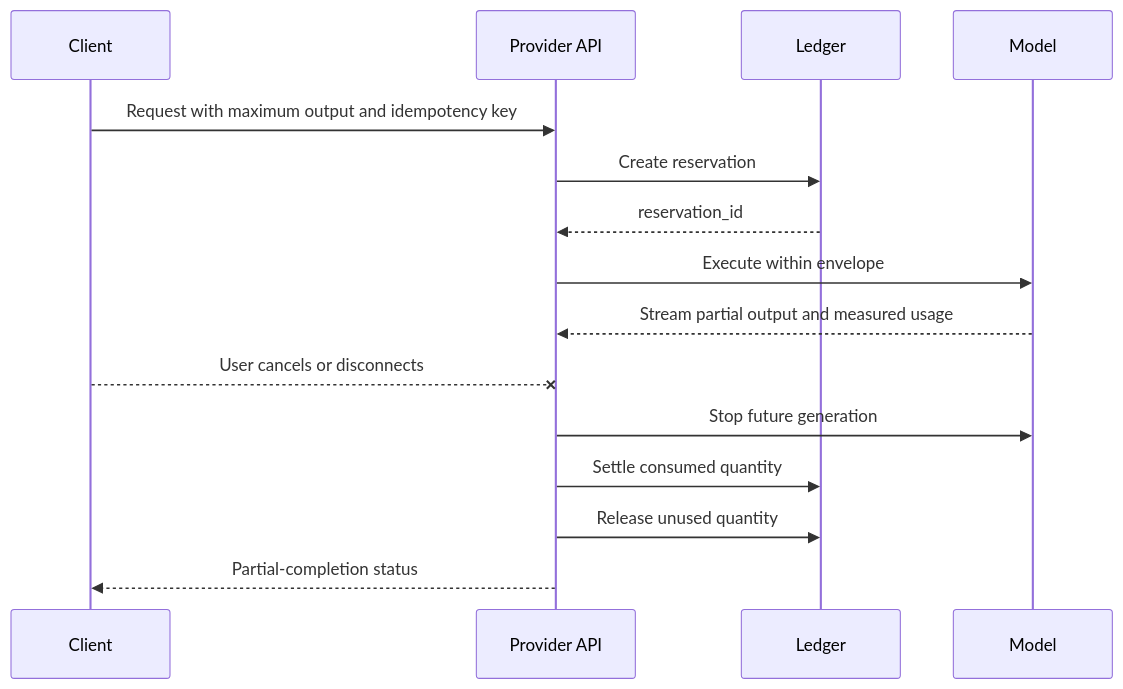
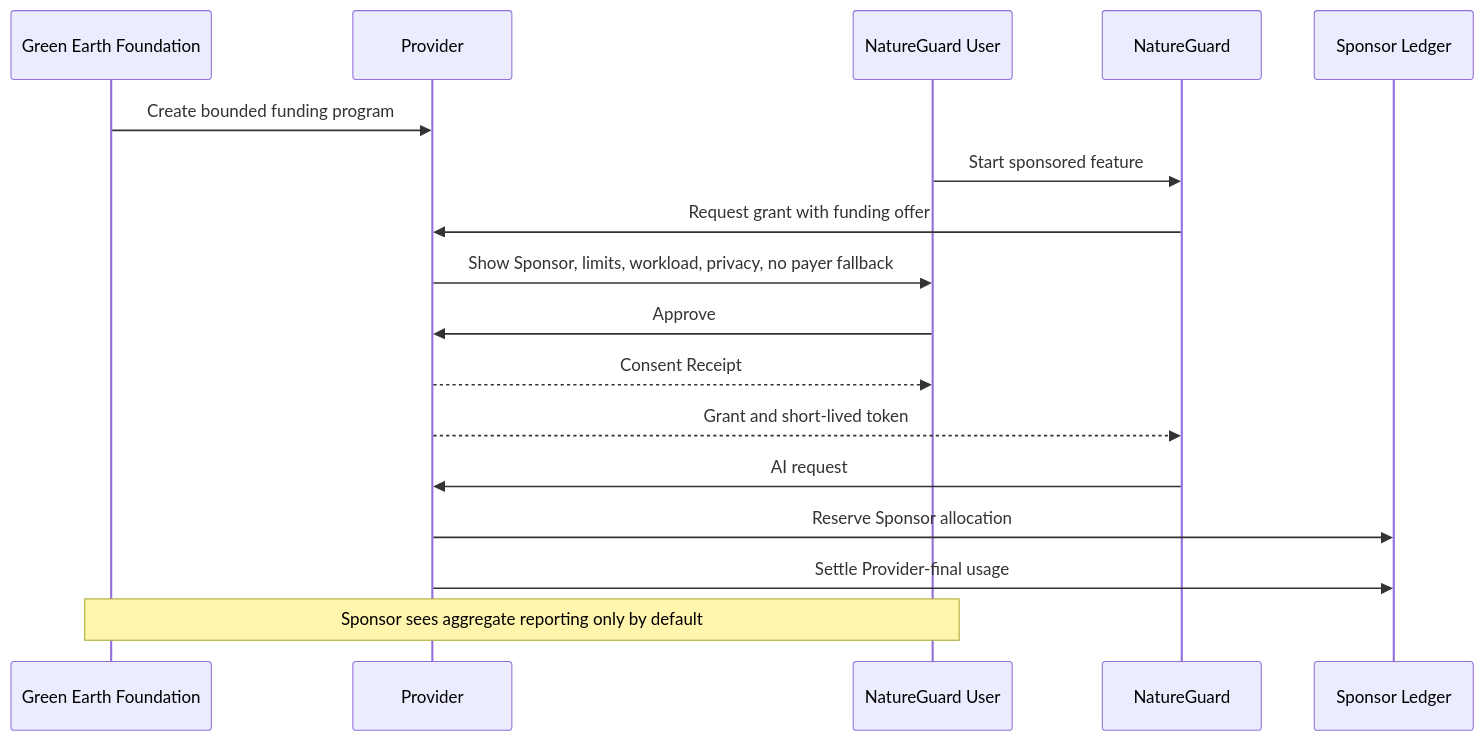
Before and after one commit to MJohnstonAI/ai-billing-delegation: the tenth of 11 diagrams in FLOWS.md, drawn with Mermaid. The commit also changed other lines of this file, not shown here.

Commit message:
docs: add ABDS v0.6 evidence and reconciliation flows

````diff
--- a/FLOWS.md
+++ b/FLOWS.md
@@ -153,18 +173,20 @@
 ```mermaid
 sequenceDiagram
-    participant A as Client
-    participant API as Provider API
-    participant L as Ledger
-    participant M as Model
+    participant S as Green Earth Foundation
+    participant AS as Provider
+    participant U as NatureGuard User
+    participant A as NatureGuard
+    participant L as Sponsor Ledger
 
-    A->>API: Request with maximum output and idempotency key
-    API->>L: Create reservation
-    L-->>API: reservation_id
-    API->>M: Execute within envelope
-    M-->>API: Stream partial output and measured usage
-    A--xAPI: User cancels or disconnects
-    API->>M: Stop future generation
-    API->>L: Settle consumed quantity
-    API->>L: Release unused quantity
-    API-->>A: Partial-completion status
+    S->>AS: Create bounded funding program
+    U->>A: Start sponsored feature
+    A->>AS: Request grant with funding offer
+    AS->>U: Show Sponsor, limits, workload, privacy, no payer fallback
+    U->>AS: Approve
+    AS-->>U: Consent Receipt
+    AS-->>A: Grant and short-lived token
+    A->>AS: AI request
+    AS->>L: Reserve Sponsor allocation
+    AS->>L: Settle Provider-final usage
+    Note over U,S: Sponsor sees aggregate reporting only by default
 ```
````
